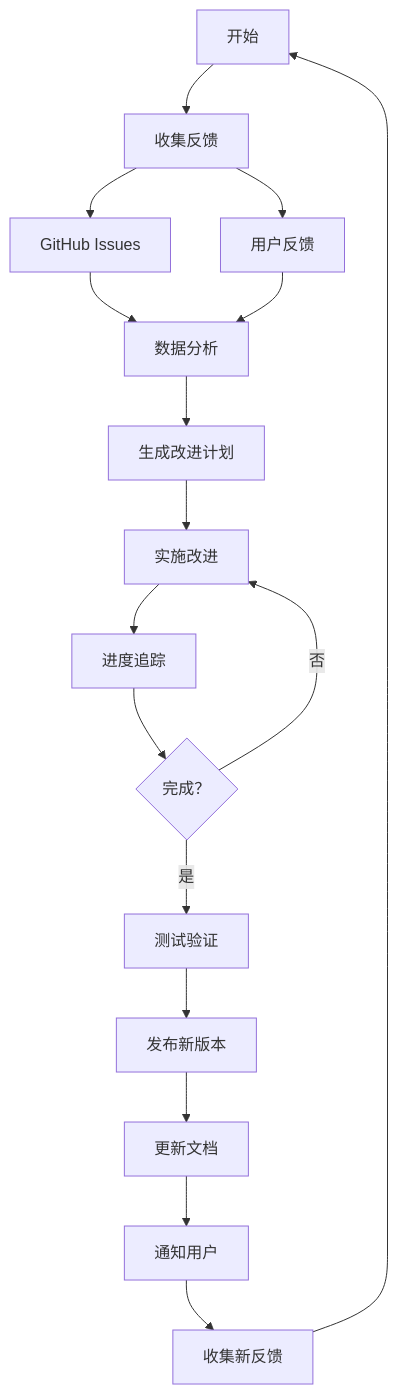
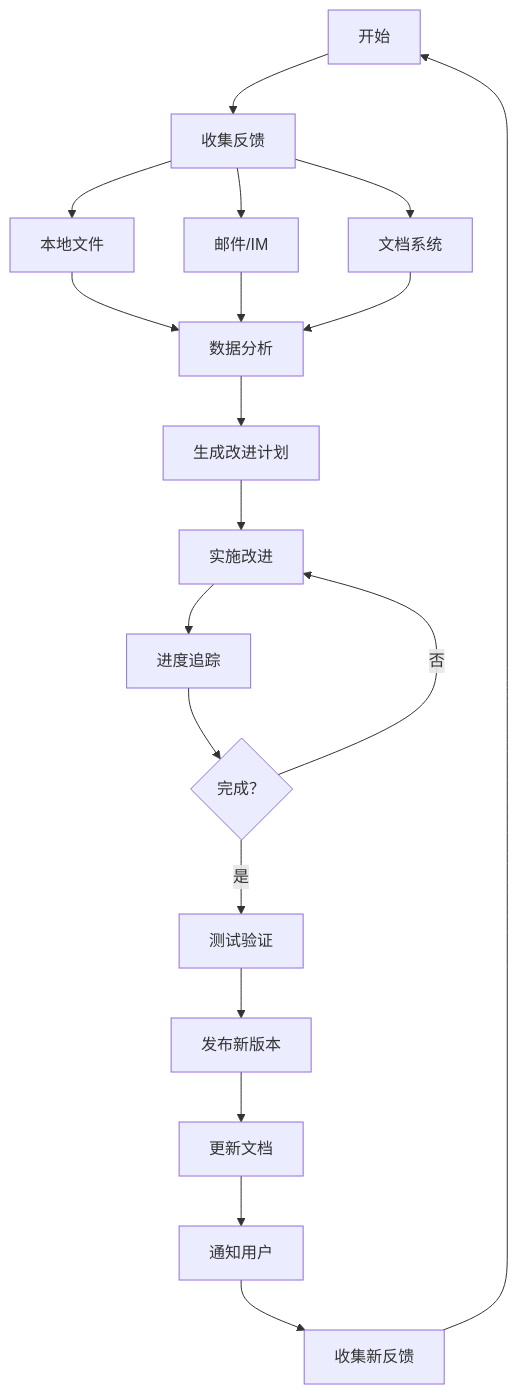
Before and after one commit to jerry-guo-mys/skills: the diagram in skill-manager/SKILL.md, drawn with Mermaid. The commit also changed other lines of this file and 3 other files, not shown here.

Commit message:
Refactor skill-manager for enterprise use (no GitHub dependency)

````diff
--- a/skill-manager/SKILL.md
+++ b/skill-manager/SKILL.md
@@ -90,18 +85,19 @@
 ```mermaid
 flowchart TD
     A[开始] --> B[收集反馈]
-    B --> C[GitHub Issues]
-    B --> D[用户反馈]
-    C & D --> E[数据分析]
-    E --> F[生成改进计划]
-    F --> G[实施改进]
-    G --> H[进度追踪]
-    H --> I{完成？}
-    I -->|否 | G
-    I -->|是 | J[测试验证]
-    J --> K[发布新版本]
-    K --> L[更新文档]
-    L --> M[通知用户]
-    M --> N[收集新反馈]
-    N --> A
+    B --> C[本地文件]
+    B --> D[邮件/IM]
+    B --> E[文档系统]
+    C & D & E --> F[数据分析]
+    F --> G[生成改进计划]
+    G --> H[实施改进]
+    H --> I[进度追踪]
+    I --> J{完成？}
+    J -->|否 | H
+    J -->|是 | K[测试验证]
+    K --> L[发布新版本]
+    L --> M[更新文档]
+    M --> N[通知用户]
+    N --> O[收集新反馈]
+    O --> A
 ```
````
